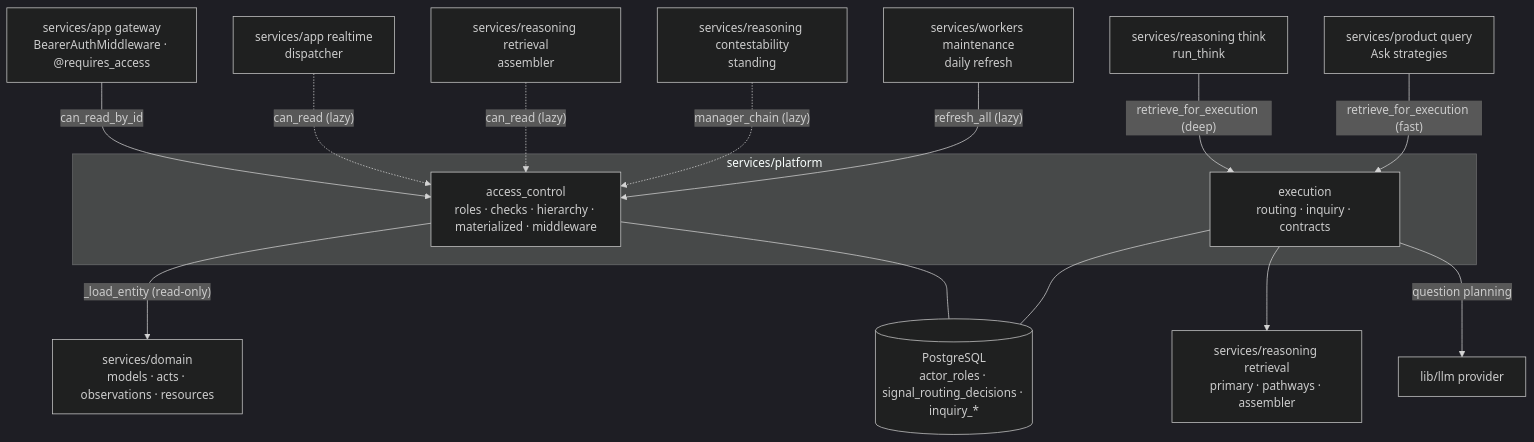
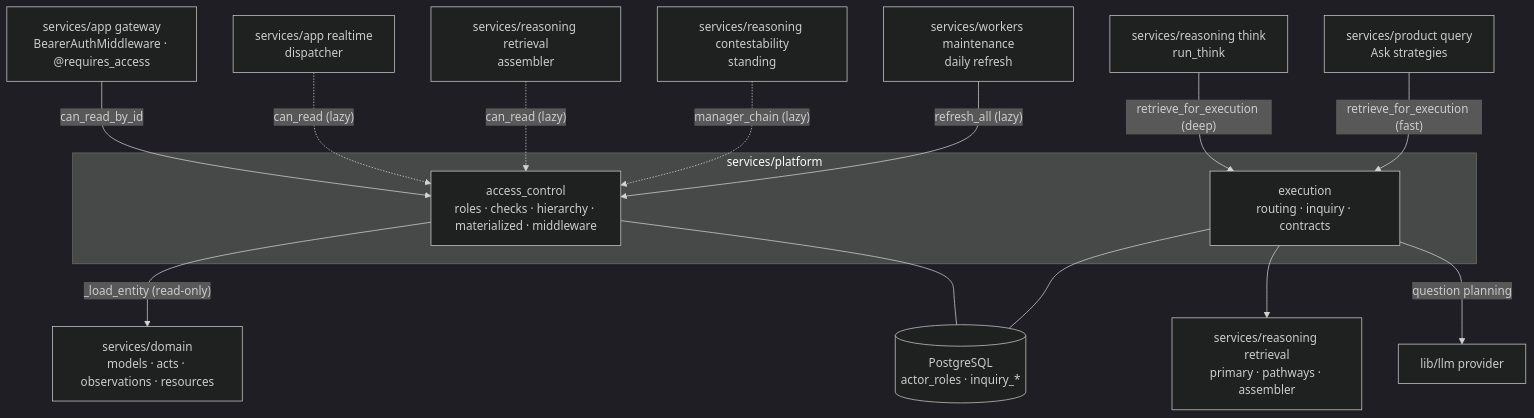
Before and after one commit to Fyralisinc/fyraliscore: the diagram in docs/architecture/platform.md, drawn with Mermaid (dark theme). The commit also changed other lines of this file and 23 other files, not shown here.

Commit message:
docs: architecture/reference updates + new plans (capability, learning-loops, think-cost, production-refactor) and ADR 0004

````diff
--- a/docs/architecture/platform.md
+++ b/docs/architecture/platform.md
@@ -49,33 +49,33 @@
 ```mermaid
 graph TD
     GW["services/app gateway<br/>BearerAuthMiddleware · @requires_access"]
     RT["services/app realtime<br/>dispatcher"]
     THINK["services/reasoning think<br/>run_think"]
     QRY["services/product query<br/>Ask strategies"]
     ASM["services/reasoning retrieval<br/>assembler"]
     CON["services/reasoning contestability<br/>standing"]
 
     subgraph platform["services/platform"]
       AC["access_control<br/>roles · checks · hierarchy · materialized · middleware"]
       EX["execution<br/>routing · inquiry · contracts"]
     end
 
     DOMAIN["services/domain<br/>models · acts · observations · resources"]
     RETR["services/reasoning retrieval<br/>primary · pathways · assembler"]
     LLM["lib/llm provider"]
-    PG[("PostgreSQL<br/>actor_roles · signal_routing_decisions · inquiry_*")]
+    PG[("PostgreSQL<br/>actor_roles · inquiry_*")]
     MAINT["services/workers maintenance<br/>daily refresh"]
 
     GW -->|"can_read_by_id"| AC
     RT -.->|"can_read (lazy)"| AC
     ASM -.->|"can_read (lazy)"| AC
     CON -.->|"manager_chain (lazy)"| AC
     THINK -->|"retrieve_for_execution (deep)"| EX
     QRY -->|"retrieve_for_execution (fast)"| EX
     EX --> RETR
     EX -->|"question planning"| LLM
     AC -->|"_load_entity (read-only)"| DOMAIN
     AC --- PG
     EX --- PG
     MAINT -->|"refresh_all (lazy)"| AC
 ```
````
